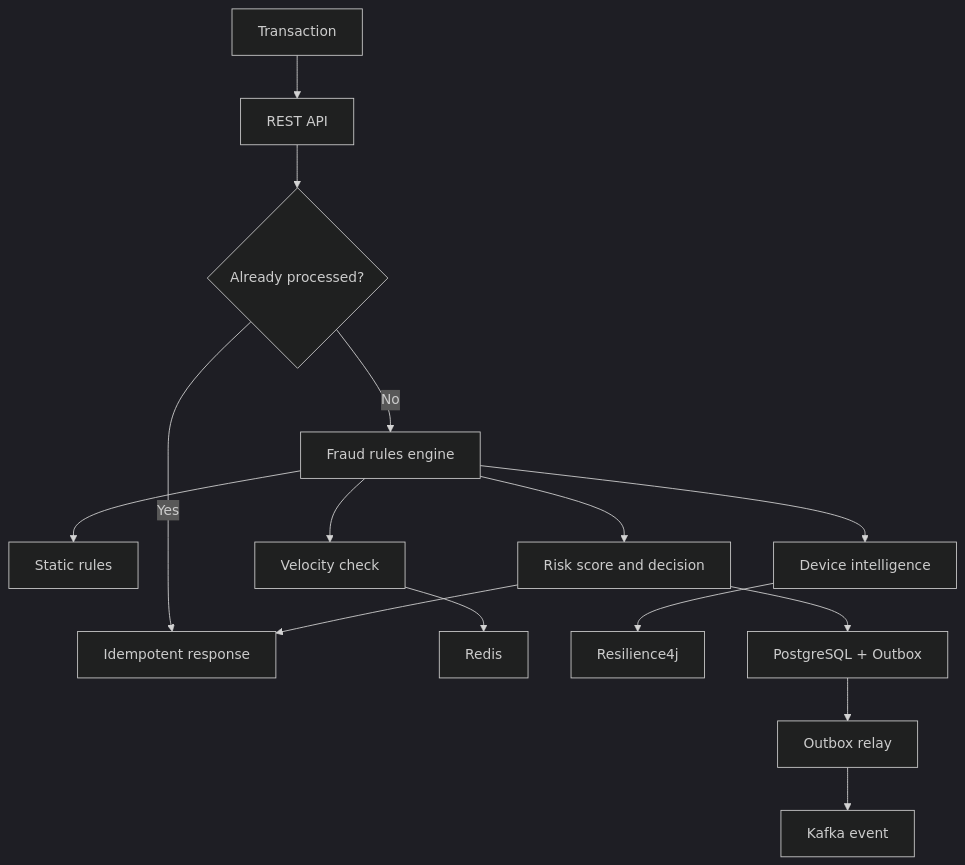
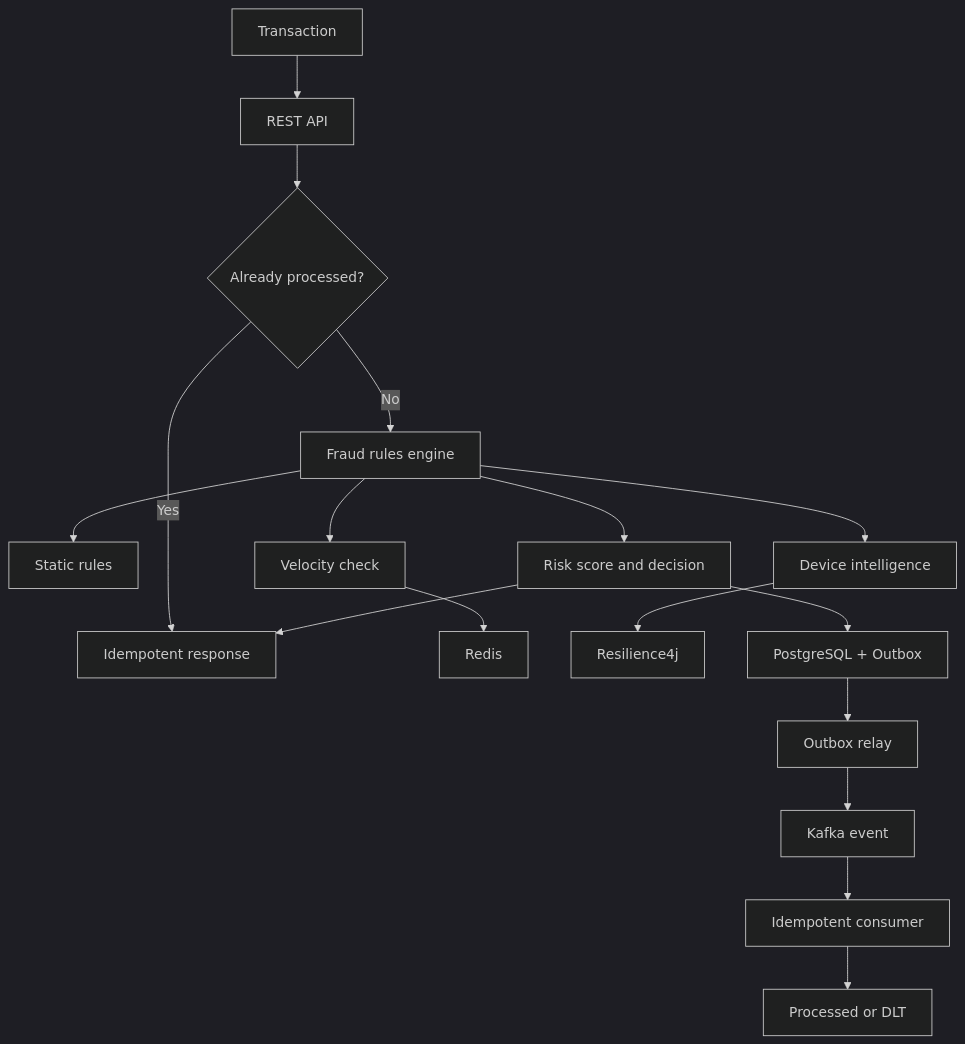
Before and after one commit to juceliocoelho2022/sentinelfraud-platform: the diagram in README.md, drawn with Mermaid (dark theme). The commit also changed other lines of this file and 17 other files, not shown here.

Commit message:
feat: add idempotent Kafka consumer DLT and replay

````diff
--- a/README.md
+++ b/README.md
@@ -48,17 +49,19 @@
 ```mermaid
 flowchart TD
     A["Transaction"] --> B["REST API"]
     B --> C{"Already processed?"}
     C -->|Yes| D["Idempotent response"]
     C -->|No| E["Fraud rules engine"]
     E --> F["Static rules"]
     E --> G["Velocity check"]
     G --> H["Redis"]
     E --> M["Device intelligence"]
     M --> N["Resilience4j"]
     E --> I["Risk score and decision"]
     I --> J["PostgreSQL + Outbox"]
     J --> K["Outbox relay"]
     K --> L["Kafka event"]
+    L --> O["Idempotent consumer"]
+    O --> P["Processed or DLT"]
     I --> D
 ```
````
